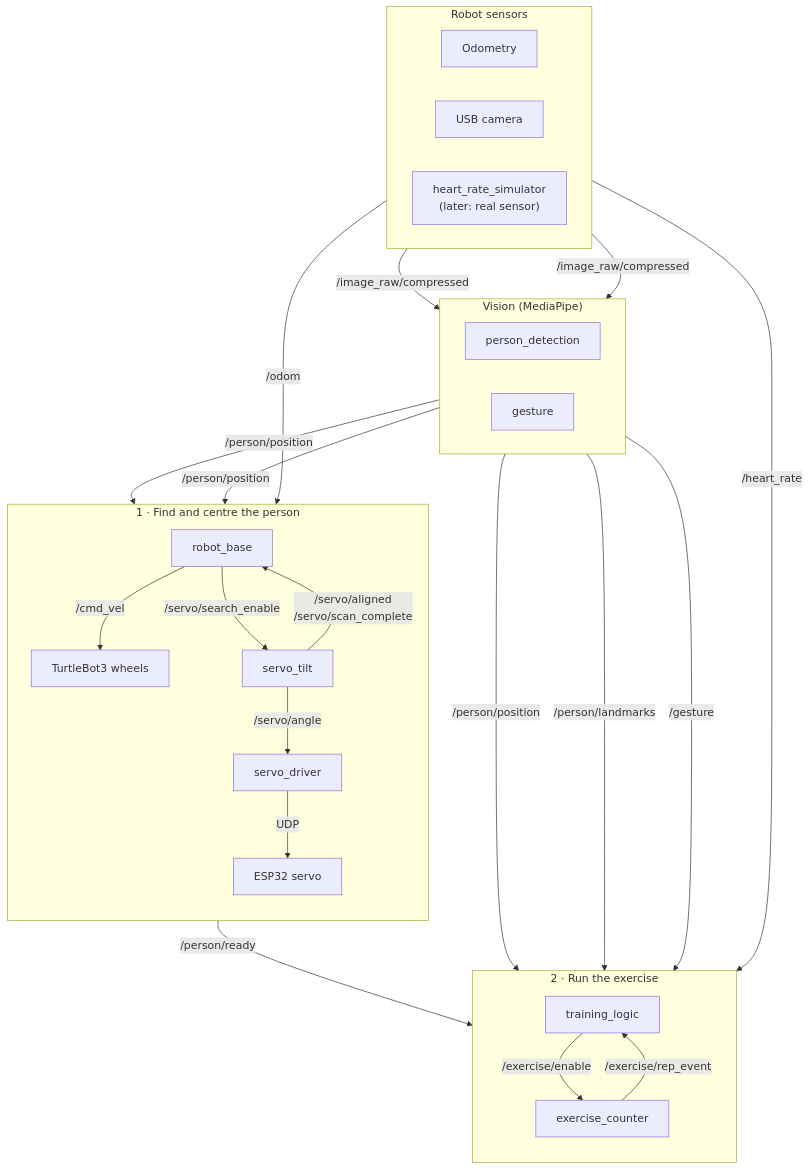
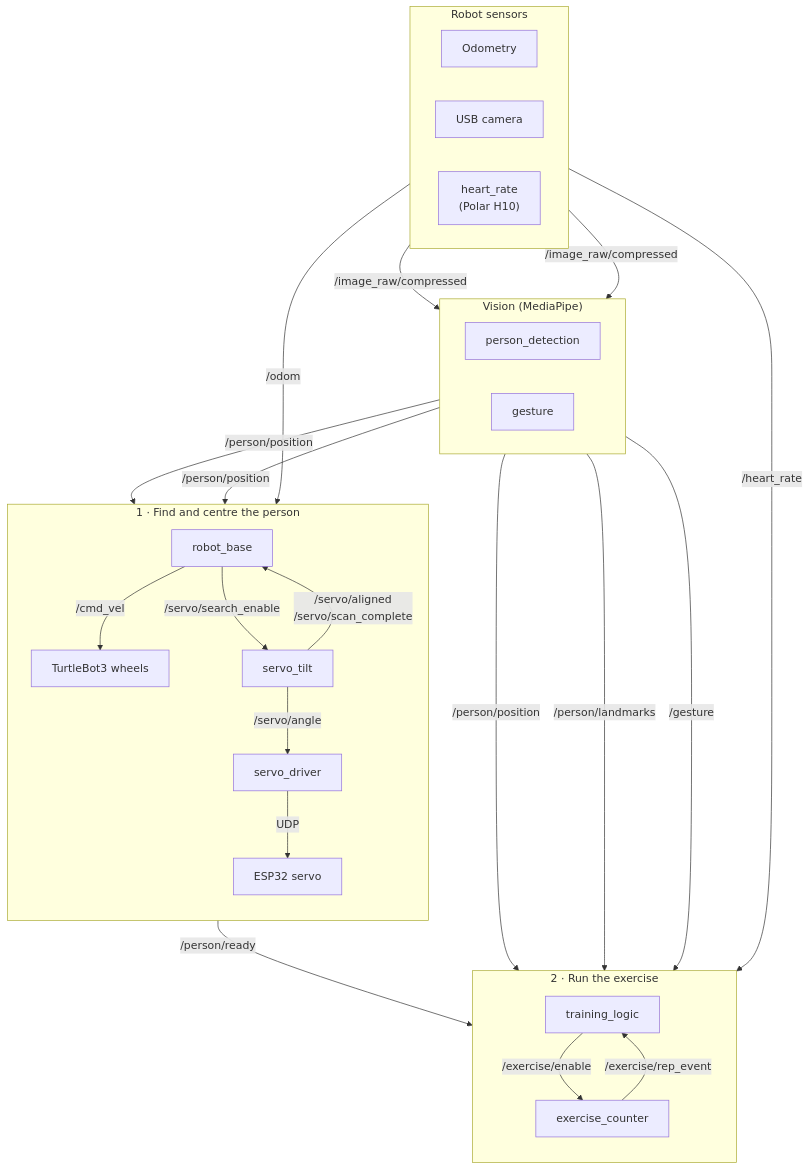
One commit to nembrinj/protofablab changed the first of 2 diagrams in 2026/projects/Group_102/Readme.md. Above: the diagram before and after it, drawn with Mermaid. The commit also changed other lines of this file and 6 other files, not shown here.

Commit message:
Group-102(Chandu): Connect the real heart rate

````diff
--- a/2026/projects/Group_102/Readme.md
+++ b/2026/projects/Group_102/Readme.md
@@ -65,48 +65,48 @@
 ``` mermaid
 flowchart TB
     subgraph SENSORS["Robot sensors"]
         direction LR
         ODOM["Odometry"]
         CAM["USB camera"]
-        HR["heart_rate_simulator<br/>(later: real sensor)"]
+        HR["heart_rate<br/>(Polar H10)"]
     end
 
     subgraph VISION["Vision (MediaPipe)"]
         direction LR
         PD["person_detection"]
         GEST["gesture"]
     end
 
     subgraph POSITIONING["1 · Find and centre the person"]
         direction TB
         BASE["robot_base"]
         TILT["servo_tilt"]
         DRV["servo_driver"]
         WHEELS["TurtleBot3 wheels"]
         ESP["ESP32 servo"]
         BASE -->|/cmd_vel| WHEELS
         BASE -->|/servo/search_enable| TILT
         TILT -->|"/servo/aligned<br/>/servo/scan_complete"| BASE
         TILT -->|/servo/angle| DRV
         DRV -->|UDP| ESP
     end
 
     subgraph EXERCISE["2 · Run the exercise"]
         direction TB
         LOGIC["training_logic"]
         EX["exercise_counter"]
         LOGIC -->|/exercise/enable| EX
         EX -->|/exercise/rep_event| LOGIC
     end
 
     CAM -->|/image_raw/compressed| PD
     CAM -->|/image_raw/compressed| GEST
     ODOM -->|/odom| BASE
     PD -->|/person/position| BASE
     PD -->|/person/position| TILT
     PD -->|/person/position| LOGIC
     PD -->|/person/landmarks| EX
     BASE -->|/person/ready| LOGIC
     GEST -->|/gesture| LOGIC
     HR -->|/heart_rate| LOGIC
 ```
````
